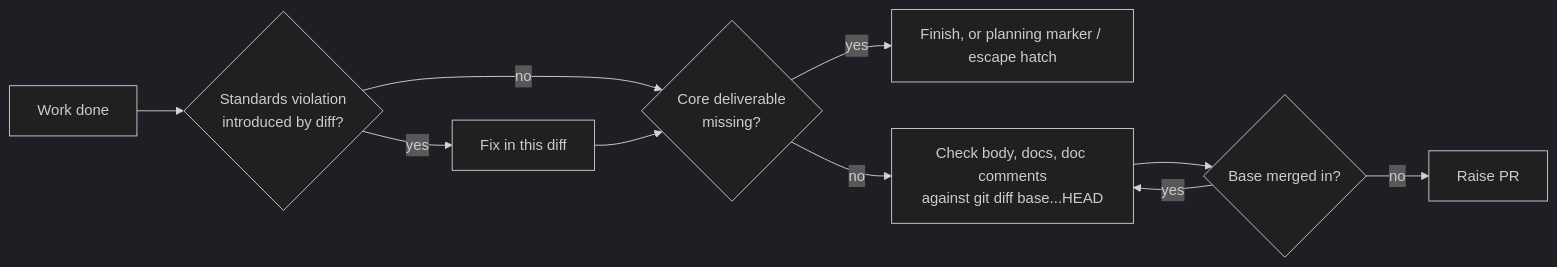
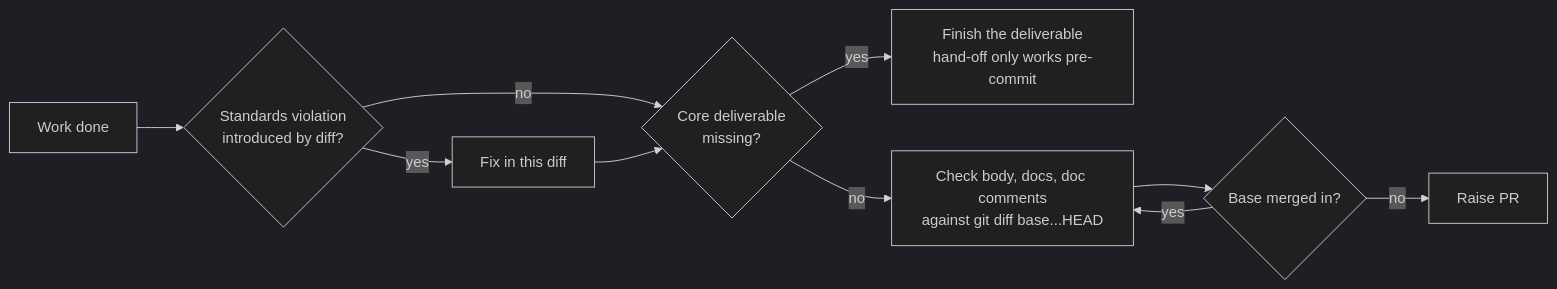
Before and after one commit to stSoftwareAU/VibeCoder: the diagram in docs/archive/pr-summaries/pr-summary-3058.md, drawn with Mermaid (dark theme). The commit also changed other lines of this file, not shown here.

````diff
--- a/docs/archive/pr-summaries/pr-summary-3058.md
+++ b/docs/archive/pr-summaries/pr-summary-3058.md
@@ -56,12 +60,12 @@
 ```mermaid
 flowchart LR
     W[Work done] --> V{Standards violation<br/>introduced by diff?}
     V -- yes --> F[Fix in this diff]
     V -- no --> C{Core deliverable<br/>missing?}
     F --> C
-    C -- yes --> H[Finish, or planning marker / escape hatch]
+    C -- yes --> H[Finish the deliverable<br/>hand-off only works pre-commit]
     C -- no --> D[Check body, docs, doc comments<br/>against git diff base...HEAD]
     D --> M{Base merged in?}
     M -- yes --> D
     M -- no --> P[Raise PR]
 ```
````
